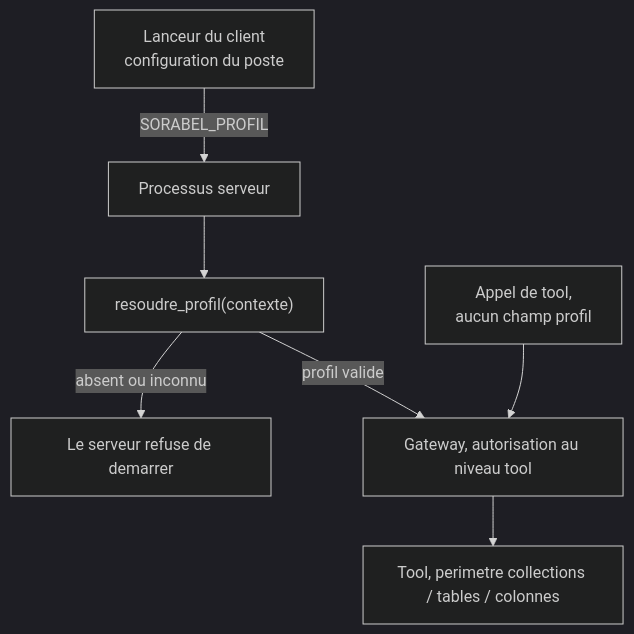
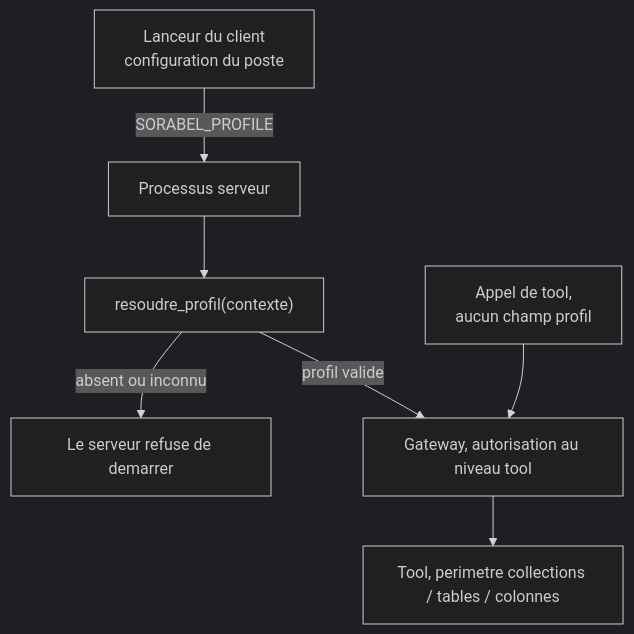
One commit to Bealph/sorabel-gateway changed the first of 2 diagrams in mcp_server/GUIDE_ACCES.md. Above: the diagram before and after it, drawn with Mermaid (dark theme). The commit also changed other lines of this file and 5 other files, not shown here.

````diff
--- a/mcp_server/GUIDE_ACCES.md
+++ b/mcp_server/GUIDE_ACCES.md
@@ -51,9 +54,9 @@
 ```mermaid
 flowchart TD
-    L["Lanceur du client<br/>configuration du poste"] -->|"SORABEL_PROFIL"| P["Processus serveur"]
+    L["Lanceur du client<br/>configuration du poste"] -->|"SORABEL_PROFILE"| P["Processus serveur"]
     P --> RP["resoudre_profil(contexte)"]
     RP -->|"absent ou inconnu"| KO["Le serveur refuse de demarrer"]
     RP -->|"profil valide"| GW["Gateway, autorisation au niveau tool"]
     GW --> T["Tool, perimetre collections / tables / colonnes"]
     C["Appel de tool,<br/>aucun champ profil"] --> GW
 ```
````
